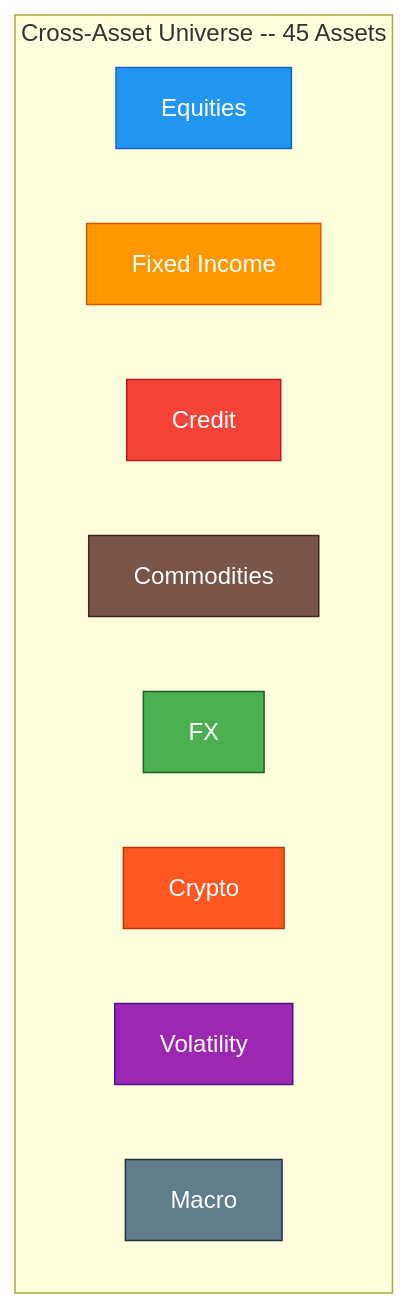
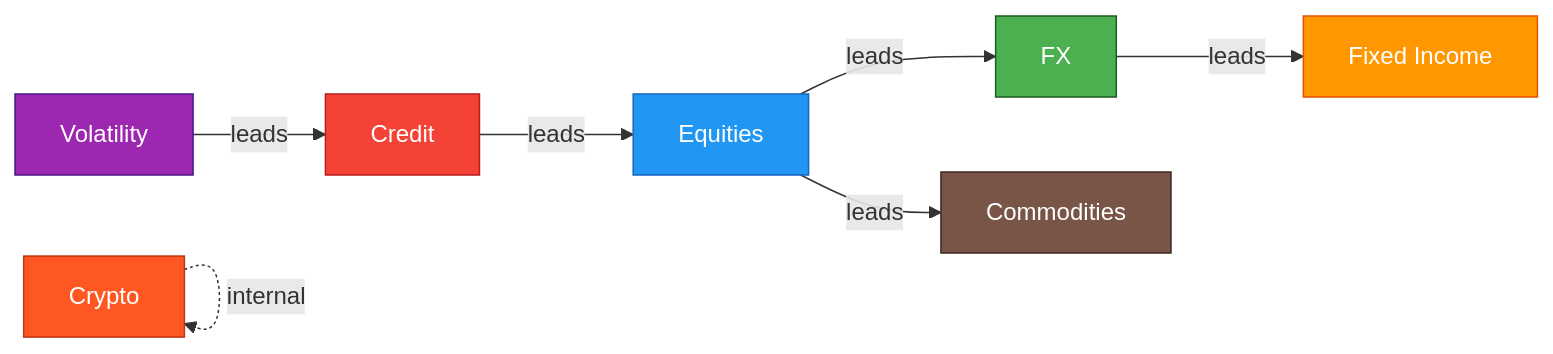
The second of 2 diagrams in README.md (AndrewFSee/cross-asset-lead-lag), drawn with Mermaid before and after one commit.

Commit message:
fix: replace static asset universe list with cross-asset flow diagram

````diff
--- a/README.md
+++ b/README.md
@@ -87,22 +87,17 @@
 ```mermaid
-graph TD
-    subgraph universe ["Cross-Asset Universe  --  45 Assets"]
-        EQ["Equities"]
-        FI["Fixed Income"]
-        CR["Credit"]
-        CO["Commodities"]
-        FX["FX"]
-        CY["Crypto"]
-        VO["Volatility"]
-        MA["Macro"]
-    end
+graph LR
+    EQ["Equities"] -->|leads| FX["FX"]
+    EQ -->|leads| CO["Commodities"]
+    CR["Credit"] -->|leads| EQ
+    VO["Volatility"] -->|leads| CR
+    FX -->|leads| FI["Fixed Income"]
+    CY["Crypto"] -.->|internal| CY
 
     style EQ fill:#2196F3,stroke:#1565C0,color:#fff
     style FI fill:#FF9800,stroke:#E65100,color:#fff
     style CR fill:#f44336,stroke:#b71c1c,color:#fff
     style CO fill:#795548,stroke:#3E2723,color:#fff
     style FX fill:#4CAF50,stroke:#1B5E20,color:#fff
     style CY fill:#FF5722,stroke:#BF360C,color:#fff
     style VO fill:#9C27B0,stroke:#4A148C,color:#fff
-    style MA fill:#607D8B,stroke:#263238,color:#fff
 ```
````
